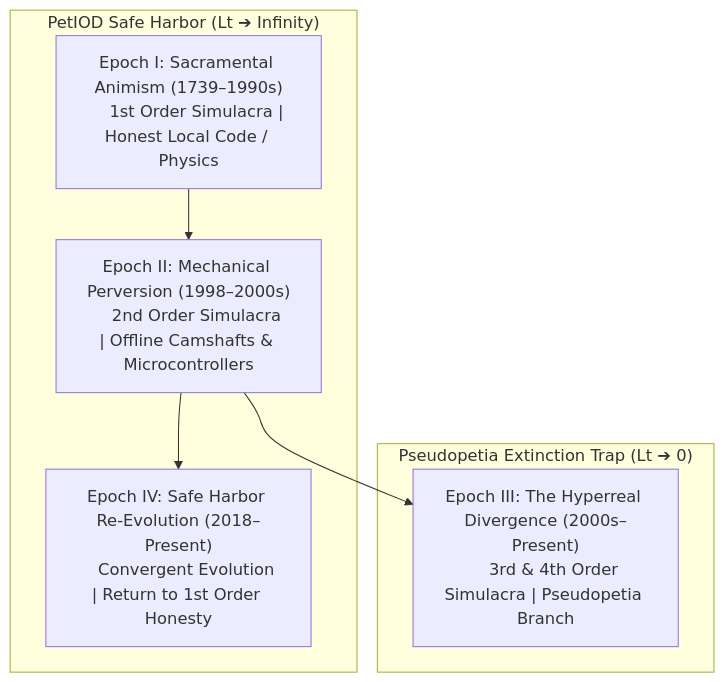
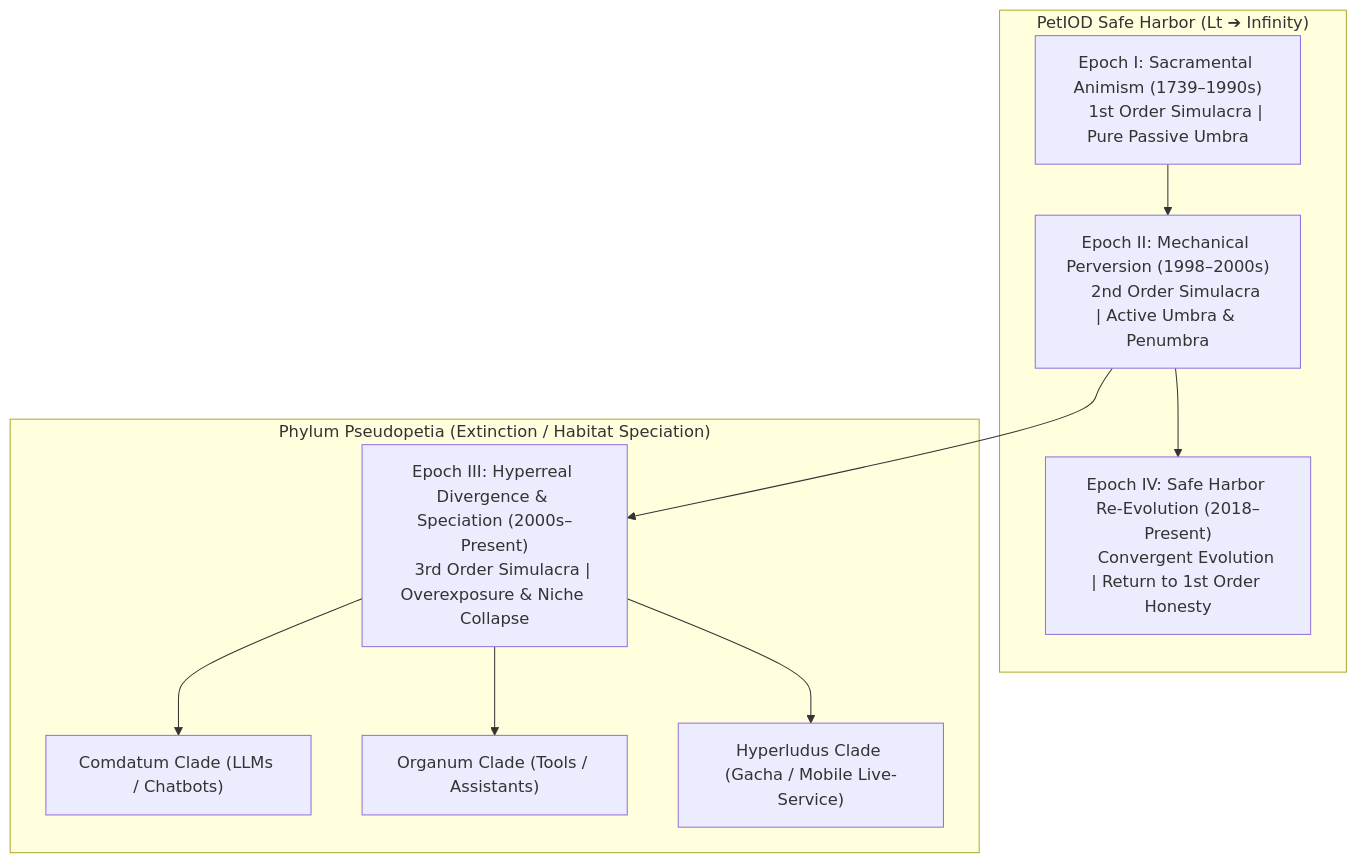
The first of 3 diagrams in genealogy.md (zetathix/petiod), drawn with Mermaid before and after one commit. The commit also changed other lines of this file, not shown here.

````diff
--- a/genealogy.md
+++ b/genealogy.md
@@ -13,23 +13,25 @@
 ```mermaid
 flowchart TD
     E1["Epoch I: Sacramental Animism (1739–1990s)
-    1st Order Simulacra | Honest Local Code / Physics"] --> E2["Epoch II: Mechanical Perversion (1998–2000s)
-    2nd Order Simulacra | Offline Camshafts & Microcontrollers"]
+    1st Order Simulacra | Pure Passive Umbra"] --> E2["Epoch II: Mechanical Perversion (1998–2000s)
+    2nd Order Simulacra | Active Umbra & Penumbra"]
     
-    E2 --> E3["Epoch III: The Hyperreal Divergence (2000s–Present)
-    3rd & 4th Order Simulacra | Pseudopetia Branch"]
+    E2 --> E3["Epoch III: Hyperreal Divergence & Speciation (2000s–Present)
+    3rd Order Simulacra | Overexposure & Niche Collapse"]
     
     E2 --> E4["Epoch IV: Safe Harbor Re-Evolution (2018–Present)
     Convergent Evolution | Return to 1st Order Honesty"]
 
     subgraph "PetIOD Safe Harbor (Lt ➔ Infinity)"
     E1
     E2
     E4
     end
 
-    subgraph "Pseudopetia Extinction Trap (Lt ➔ 0)"
-    E3
+    subgraph "Phylum Pseudopetia (Extinction / Habitat Speciation)"
+    E3 --> S1["Comdatum Clade (LLMs / Chatbots)"]
+    E3 --> S2["Organum Clade (Tools / Assistants)"]
+    E3 --> S3["Hyperludus Clade (Gacha / Mobile Live-Service)"]
     end
 
 ```
````
